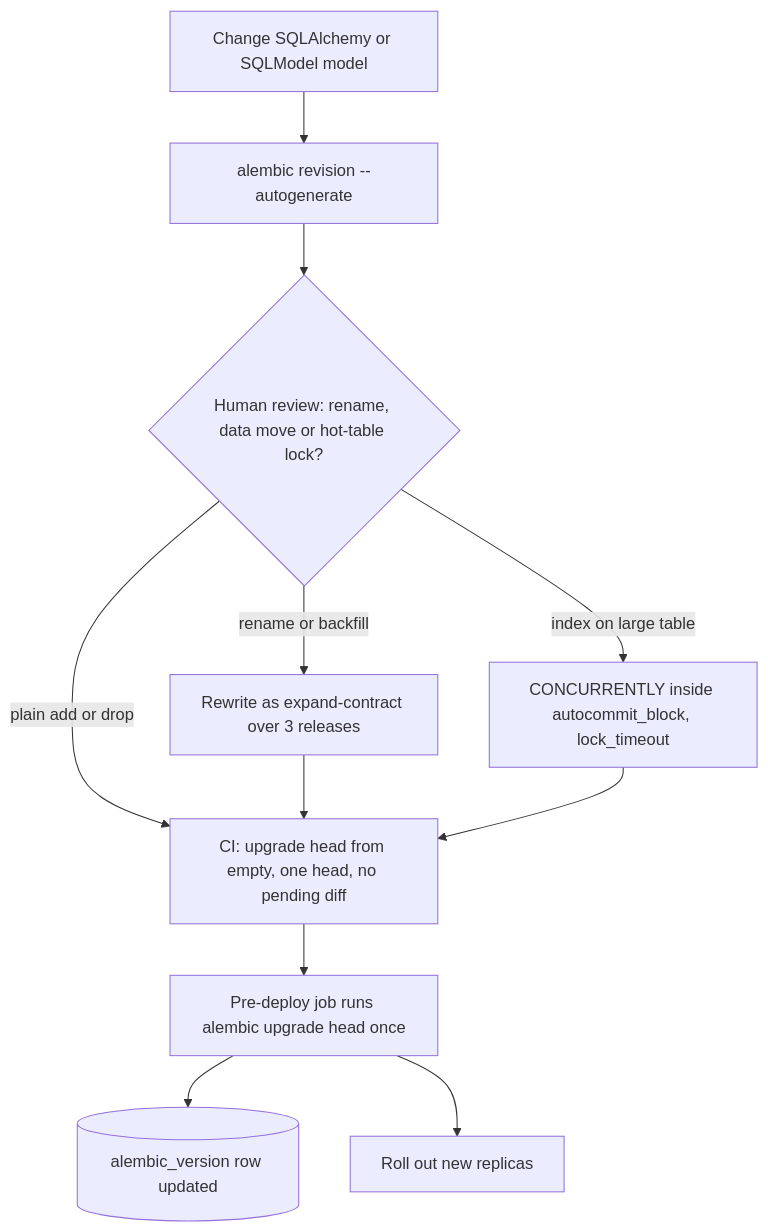
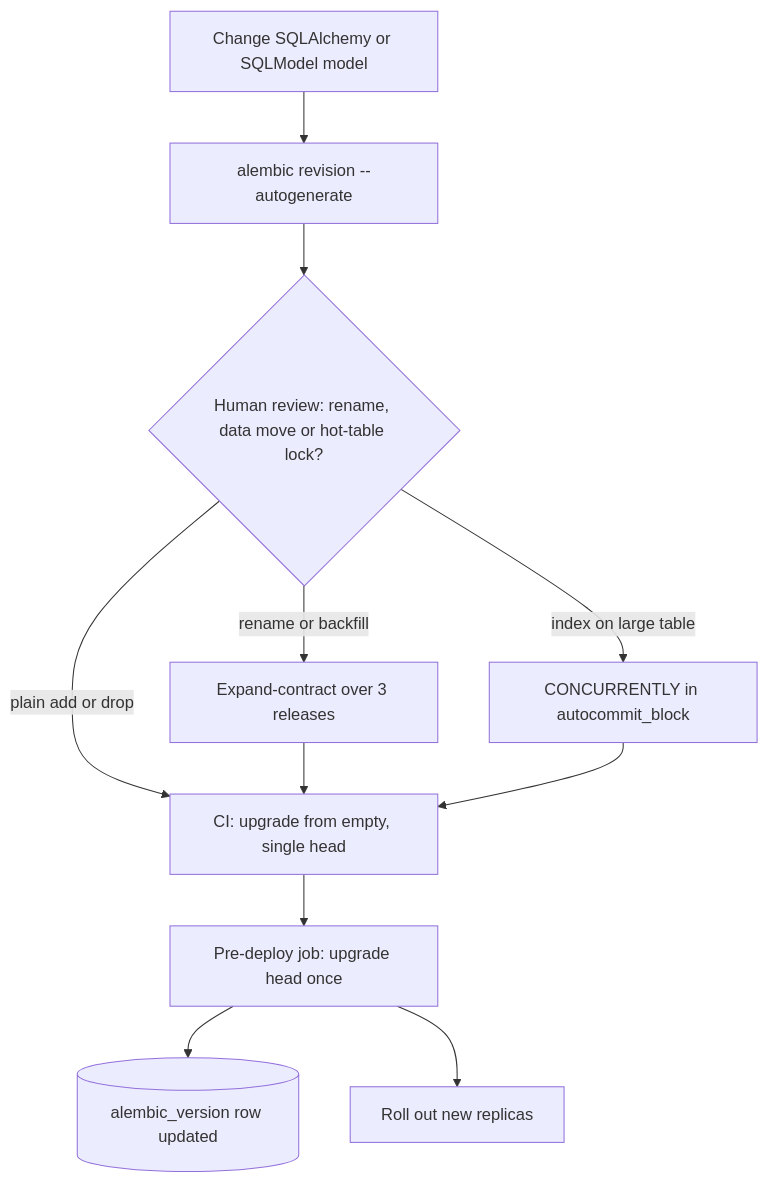
Before and after one commit to lovishmahajan97/agentic-learning: the diagram in content/fastapi-for-ai/alembic-migrations.md, drawn with Mermaid. The commit also changed other lines of this file and 81 other files, not shown here.

````diff
--- a/content/fastapi-for-ai/alembic-migrations.md
+++ b/content/fastapi-for-ai/alembic-migrations.md
@@ -111,13 +111,13 @@
 ```mermaid
 flowchart TD
     M["Change SQLAlchemy or SQLModel model"] --> G["alembic revision --autogenerate"]
     G --> R{"Human review: rename, data move or hot-table lock?"}
-    R -->|"plain add or drop"| CI["CI: upgrade head from empty, one head, no pending diff"]
-    R -->|"rename or backfill"| X["Rewrite as expand-contract over 3 releases"]
-    R -->|"index on large table"| CC["CONCURRENTLY inside autocommit_block, lock_timeout"]
+    R -->|"plain add or drop"| CI["CI: upgrade from empty, single head"]
+    R -->|"rename or backfill"| X["Expand-contract over 3 releases"]
+    R -->|"index on large table"| CC["CONCURRENTLY in autocommit_block"]
     X --> CI
     CC --> CI
-    CI --> J["Pre-deploy job runs alembic upgrade head once"]
+    CI --> J["Pre-deploy job: upgrade head once"]
     J --> V[("alembic_version row updated")]
     J --> D["Roll out new replicas"]
 ```
````
